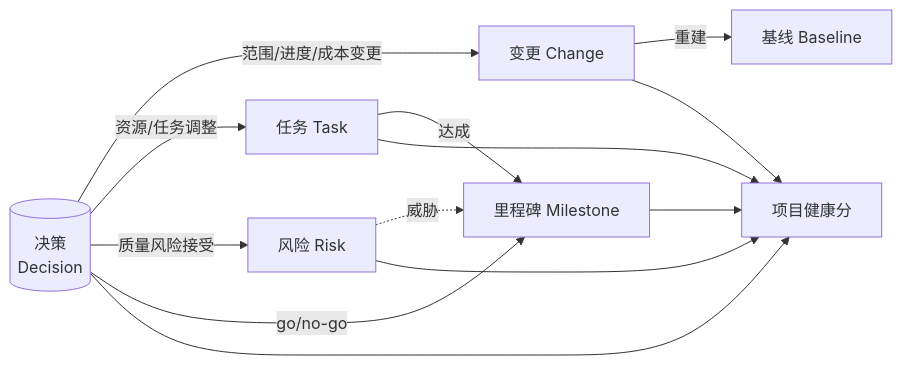
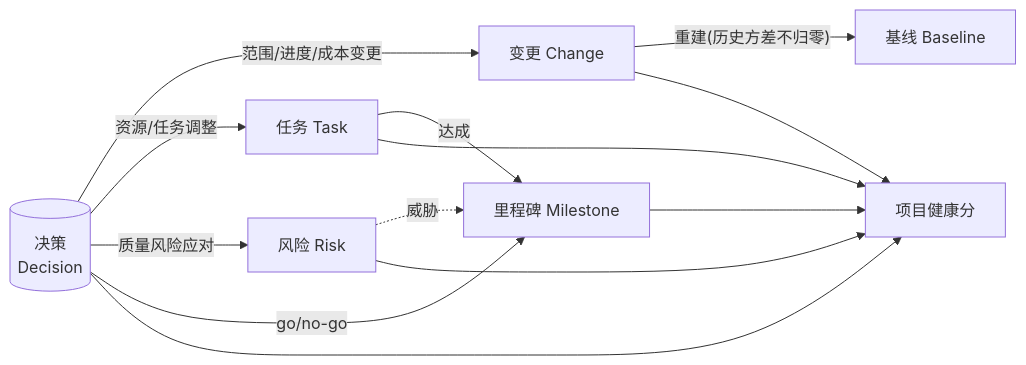
One commit to lengfengng1-ai-architect/pmsi changed the third of 9 diagrams in docs/07-产品架构图.md. Above: the diagram before and after it, drawn with Mermaid. The commit also changed other lines of this file and 11 other files, not shown here.

````diff
--- a/docs/07-产品架构图.md
+++ b/docs/07-产品架构图.md
@@ -92,24 +87,24 @@
 ```mermaid
 flowchart LR
     DEC[("决策\nDecision")]
     CHG["变更 Change"]
     TASK["任务 Task"]
     RISK["风险 Risk"]
     MS["里程碑 Milestone"]
     BASE["基线 Baseline"]
     HEALTH["项目健康分"]
 
     DEC -->|"范围/进度/成本变更"| CHG
-    CHG -->|"重建"| BASE
+    CHG -->|"重建(历史方差不归零)"| BASE
     DEC -->|"资源/任务调整"| TASK
-    DEC -->|"质量风险接受"| RISK
+    DEC -->|"质量风险应对"| RISK
     DEC -->|"go/no-go"| MS
     TASK -->|"达成"| MS
     RISK -. 威胁 .-> MS
 
     CHG --> HEALTH
     TASK --> HEALTH
     RISK --> HEALTH
     MS --> HEALTH
     DEC --> HEALTH
 ```
````
